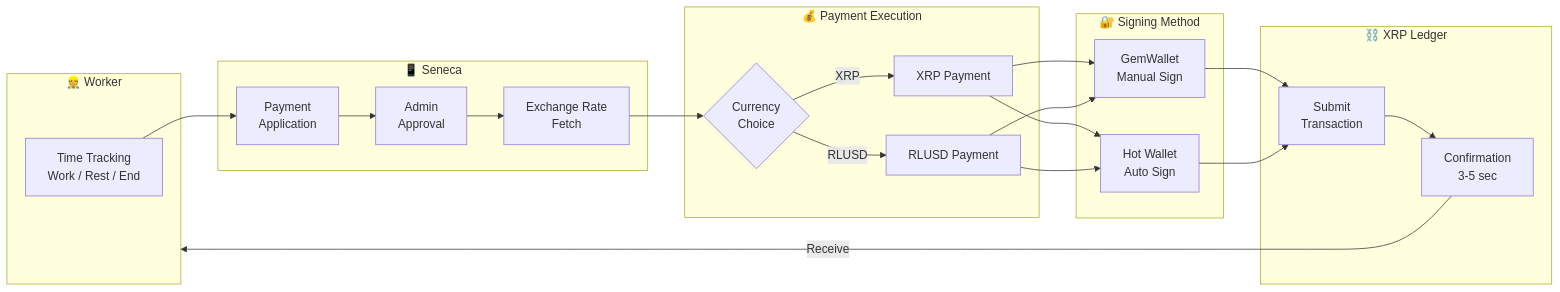
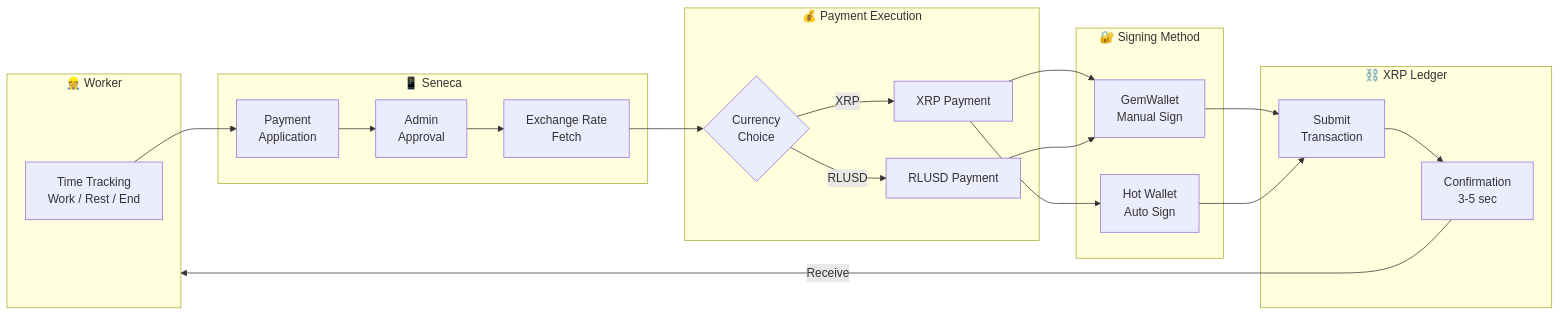
Before and after one commit to masatojupyter/seneca: the first of 8 diagrams in documents/PROJECT_OVERVIEW.md, drawn with Mermaid. The commit also changed other lines of this file and 1 other file, not shown here.

````diff
--- a/documents/PROJECT_OVERVIEW.md
+++ b/documents/PROJECT_OVERVIEW.md
@@ -61,43 +61,42 @@
 ```mermaid
 flowchart LR
     subgraph Worker["👷 Worker"]
         TT[Time Tracking<br/>Work / Rest / End]
     end
 
     subgraph App["📱 Seneca"]
         Apply[Payment<br/>Application]
         Approval[Admin<br/>Approval]
         Rate[Exchange Rate<br/>Fetch]
     end
 
     subgraph Payment["💰 Payment Execution"]
         Choice{Currency<br/>Choice}
         XRP[XRP Payment]
         RLUSD[RLUSD Payment]
     end
 
     subgraph Wallet["🔐 Signing Method"]
         GW[GemWallet<br/>Manual Sign]
         HW[Hot Wallet<br/>Auto Sign]
     end
 
     subgraph XRPL["⛓️ XRP Ledger"]
         Submit[Submit<br/>Transaction]
         Confirm[Confirmation<br/>3-5 sec]
     end
 
     TT --> Apply
     Apply --> Approval
     Approval --> Rate
     Rate --> Choice
     Choice -->|XRP| XRP
     Choice -->|RLUSD| RLUSD
     XRP --> GW
     XRP --> HW
     RLUSD --> GW
-    RLUSD --> HW
     GW --> Submit
     HW --> Submit
     Submit --> Confirm
     Confirm -->|Receive| Worker
 ```
````
